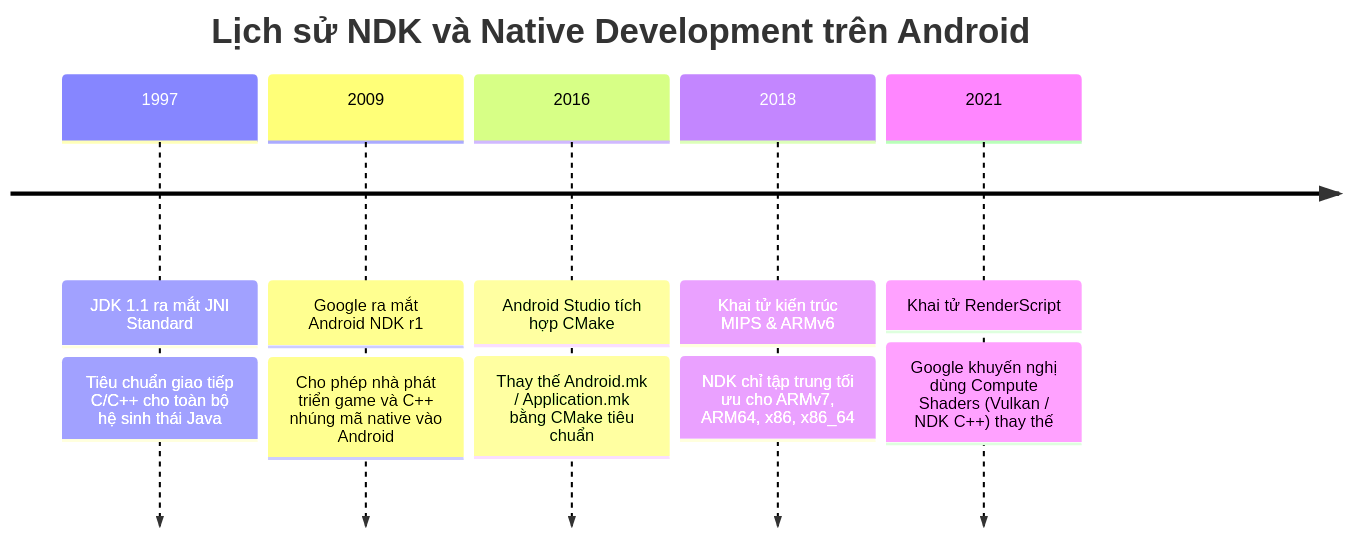
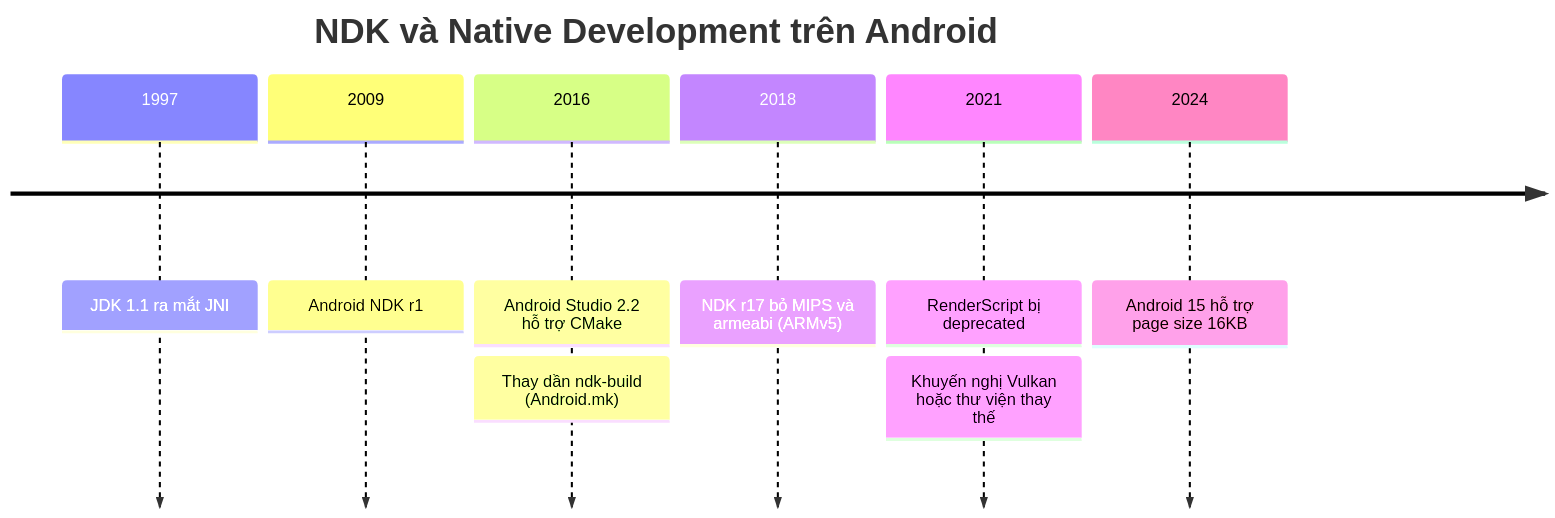
The first of 2 diagrams in knowledge/android/docs/session_01/languages/jni.md (h1eu/knowledge), drawn with Mermaid before and after one commit. The commit also changed other lines of this file and 80 other files, not shown here.

First line of the commit message:
docs(android): rewrite Session 01, add Claude Code config and diagrams

````diff
--- a/knowledge/android/docs/session_01/languages/jni.md
+++ b/knowledge/android/docs/session_01/languages/jni.md
@@ -48,9 +58,10 @@
 ```mermaid
 timeline
-    title Lịch sử NDK và Native Development trên Android
-    1997 : JDK 1.1 ra mắt JNI Standard : Tiêu chuẩn giao tiếp C/C++ cho toàn bộ hệ sinh thái Java
-    2009 : Google ra mắt Android NDK r1 : Cho phép nhà phát triển game và C++ nhúng mã native vào Android
-    2016 : Android Studio tích hợp CMake : Thay thế Android.mk / Application.mk bằng CMake tiêu chuẩn
-    2018 : Khai tử kiến trúc MIPS & ARMv6 : NDK chỉ tập trung tối ưu cho ARMv7, ARM64, x86, x86_64
-    2021 : Khai tử RenderScript : Google khuyến nghị dùng Compute Shaders (Vulkan / NDK C++) thay thế
+    title NDK và Native Development trên Android
+    1997 : JDK 1.1 ra mắt JNI
+    2009 : Android NDK r1
+    2016 : Android Studio 2.2 hỗ trợ CMake : Thay dần ndk-build (Android.mk)
+    2018 : NDK r17 bỏ MIPS và armeabi (ARMv5)
+    2021 : RenderScript bị deprecated : Khuyến nghị Vulkan hoặc thư viện thay thế
+    2024 : Android 15 hỗ trợ page size 16KB
 ```
````
